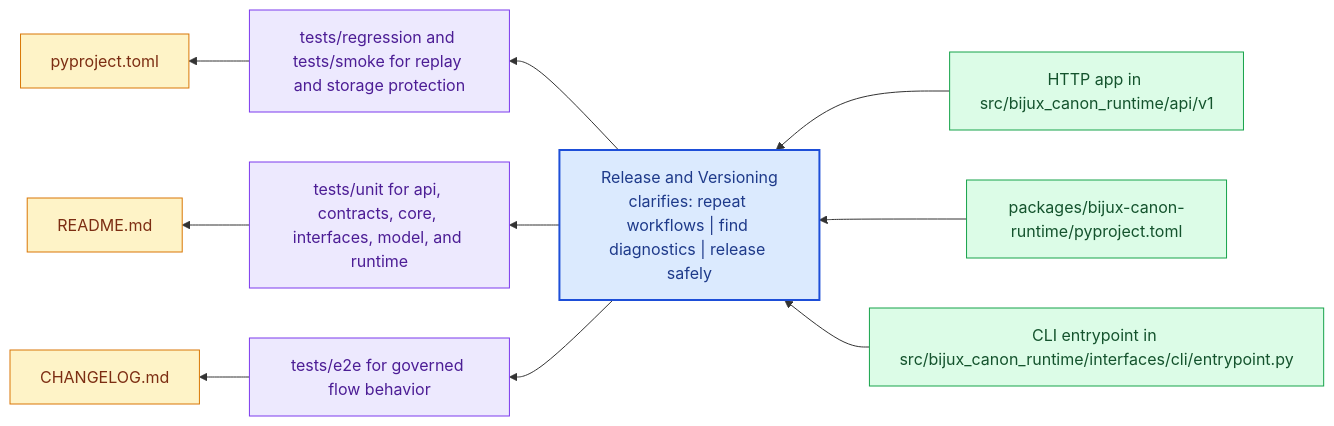
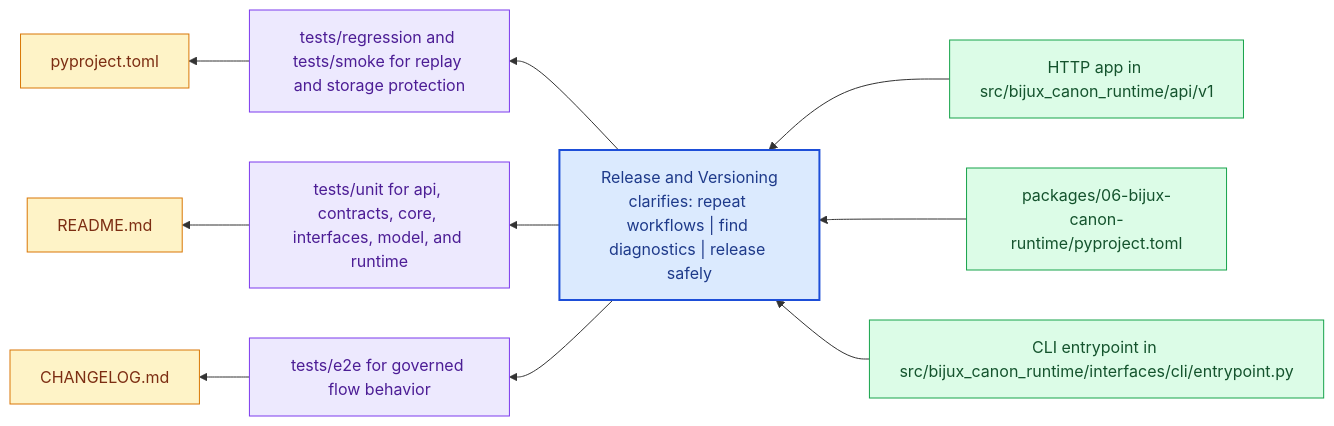
The diagram in docs/06-bijux-canon-runtime/operations/release-and-versioning.md (bijux/bijux-canon), drawn with Mermaid before and after one commit. The commit also changed other lines of this file and 167 other files, not shown here.

````diff
--- a/docs/06-bijux-canon-runtime/operations/release-and-versioning.md
+++ b/docs/06-bijux-canon-runtime/operations/release-and-versioning.md
@@ -23,31 +23,31 @@
 ```mermaid
 flowchart RL
     page["Release and Versioning<br/>clarifies: repeat workflows | find diagnostics | release safely"]
     classDef page fill:#dbeafe,stroke:#1d4ed8,color:#1e3a8a,stroke-width:2px;
     classDef positive fill:#dcfce7,stroke:#16a34a,color:#14532d;
     classDef caution fill:#fee2e2,stroke:#dc2626,color:#7f1d1d;
     classDef anchor fill:#ede9fe,stroke:#7c3aed,color:#4c1d95;
     classDef action fill:#fef3c7,stroke:#d97706,color:#7c2d12;
     step1["HTTP app in src/bijux_canon_runtime/api/v1"]
     step1 --> page
-    step2["packages/bijux-canon-runtime/pyproject.toml"]
+    step2["packages/06-bijux-canon-runtime/pyproject.toml"]
     step2 --> page
     step3["CLI entrypoint in src/bijux_canon_runtime/interfaces/cli/entrypoint.py"]
     step3 --> page
     run1["tests/regression and tests/smoke for replay and storage protection"]
     page --> run1
     run2["tests/unit for api, contracts, core, interfaces, model, and runtime"]
     page --> run2
     run3["tests/e2e for governed flow behavior"]
     page --> run3
     release1["pyproject.toml"]
     run1 --> release1
     release2["README.md"]
     run2 --> release2
     release3["CHANGELOG.md"]
     run3 --> release3
     class page page;
     class step1,step2,step3 positive;
     class run1,run2,run3 anchor;
     class release1,release2,release3 action;
 ```
````
